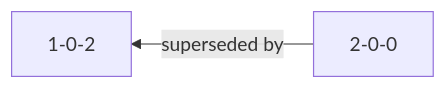
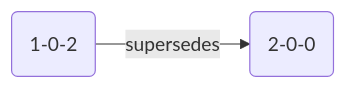
Before and after one commit to snowplow/documentation: the sixth of 11 diagrams in docs/understanding-tracking-design/versioning-your-data-structures/amending/index.md, drawn with Mermaid. The commit also changed other lines of this file, not shown here.

````diff
--- a/docs/understanding-tracking-design/versioning-your-data-structures/amending/index.md
+++ b/docs/understanding-tracking-design/versioning-your-data-structures/amending/index.md
@@ -254,4 +279,4 @@
 ```mermaid
-flowchart RL
-  v101["2-0-0"] -- "superseded by" --> v102["1-0-2"]
+flowchart LR
+  v102("1-0-2") -->|supersedes| v200("2-0-0")
 ```
````
